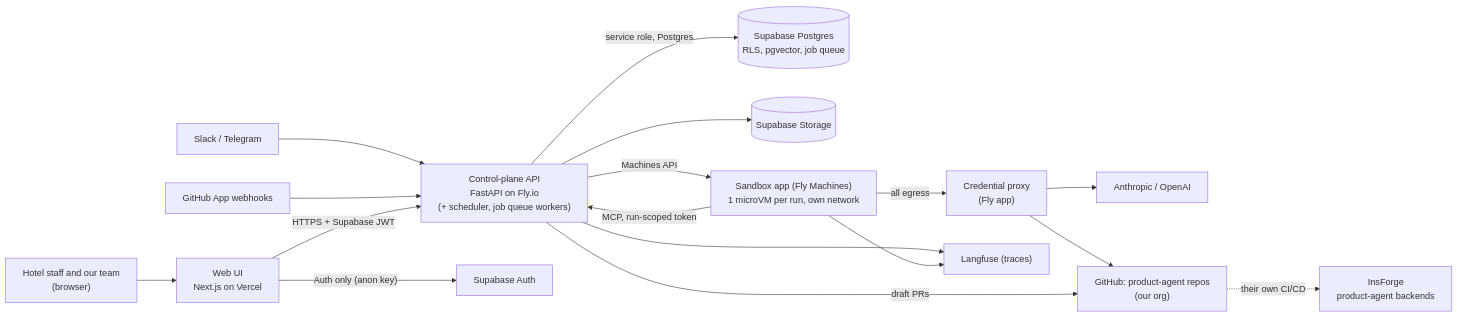
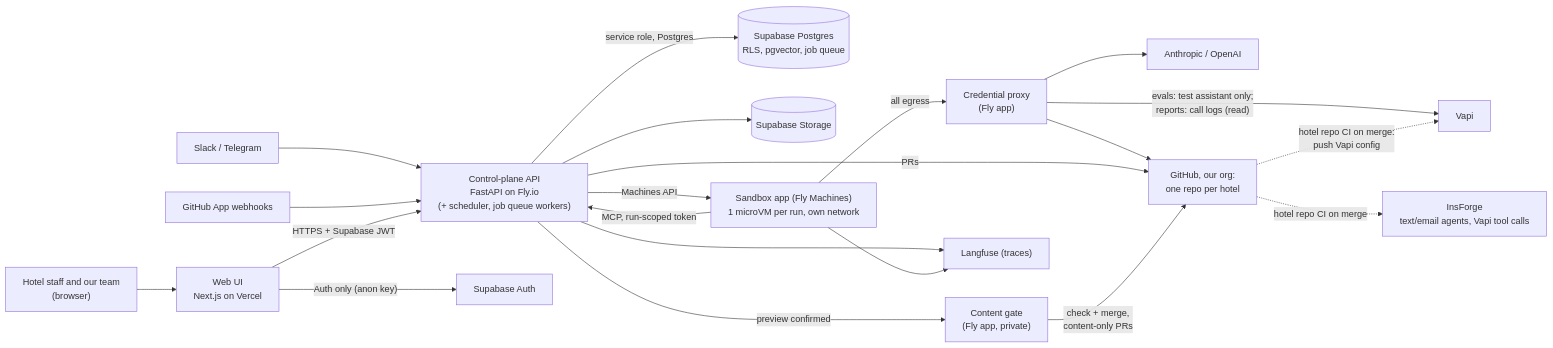
Before and after one commit to nikhilllmno/vorflux: the diagram in docs/infra-map.md, drawn with Mermaid. The commit also changed other lines of this file and 2 other files, not shown here.

Commit message:
docs: add Vapi, hotel repos and content gate to infra map and runbook; align milestones with M2-M6

````diff
--- a/docs/infra-map.md
+++ b/docs/infra-map.md
@@ -9,24 +9,28 @@
 ```mermaid
 ---
 config:
   flowchart:
     wrappingWidth: 1000
 ---
 flowchart LR
   U["Hotel staff and our team<br/>(browser)"] --> WEB["Web UI<br/>Next.js on Vercel"]
   SL["Slack / Telegram"] --> API
   GHW["GitHub App webhooks"] --> API
   WEB -->|"HTTPS + Supabase JWT"| API["Control-plane API<br/>FastAPI on Fly.io<br/>(+ scheduler, job queue workers)"]
   WEB -->|"Auth only (anon key)"| SBA["Supabase Auth"]
   API -->|"service role, Postgres"| DB[("Supabase Postgres<br/>RLS, pgvector, job queue")]
   API --> ST[("Supabase Storage")]
   API -->|"Machines API"| SBX["Sandbox app (Fly Machines)<br/>1 microVM per run, own network"]
   SBX -->|"MCP, run-scoped token"| API
   SBX -->|"all egress"| EG["Credential proxy<br/>(Fly app)"]
   EG --> LLM["Anthropic / OpenAI"]
-  EG --> GH["GitHub: product-agent repos<br/>(our org)"]
-  API -->|"draft PRs"| GH
+  EG --> GH["GitHub, our org:<br/>one repo per hotel"]
+  EG -->|"evals: test assistant only;<br/>reports: call logs (read)"| VT["Vapi"]
+  API -->|"PRs"| GH
+  API -->|"preview confirmed"| CG["Content gate<br/>(Fly app, private)"]
+  CG -->|"check + merge,<br/>content-only PRs"| GH
   API --> LF["Langfuse (traces)"]
   SBX --> LF
-  GH -.->|"their own CI/CD"| INS["InsForge<br/>product-agent backends"]
+  GH -.->|"hotel repo CI on merge:<br/>push Vapi config"| VT
+  GH -.->|"hotel repo CI on merge"| INS["InsForge<br/>text/email agents, Vapi tool calls"]
 ```
````
